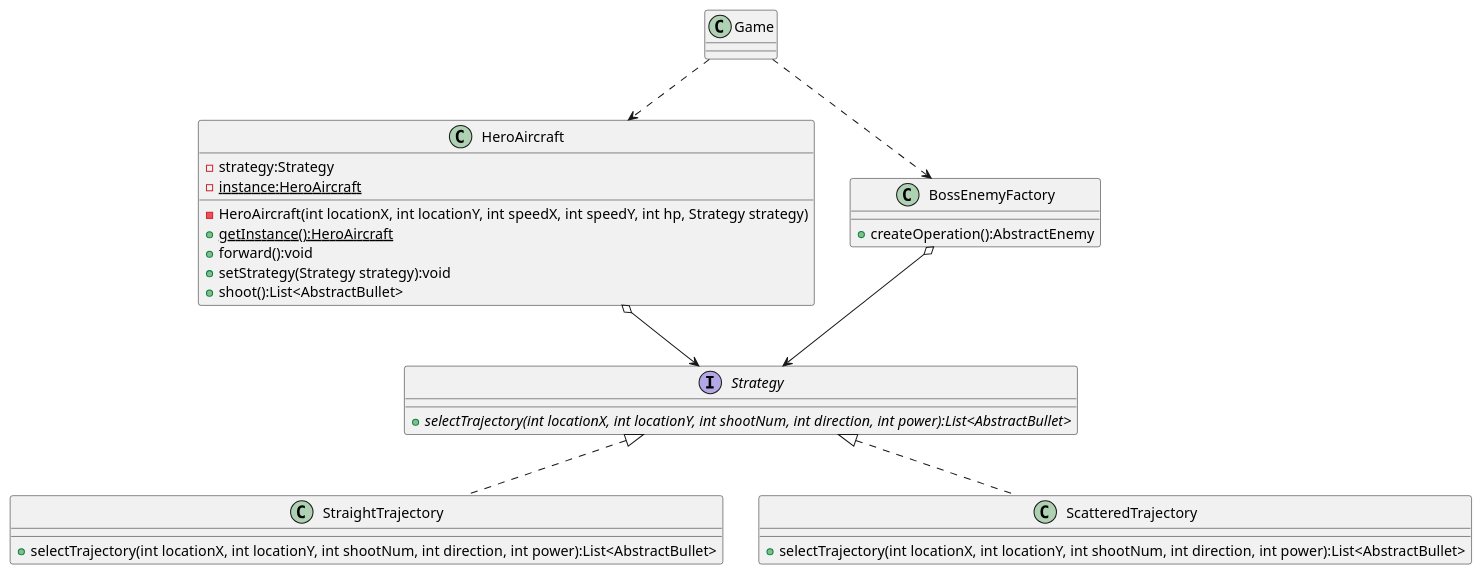
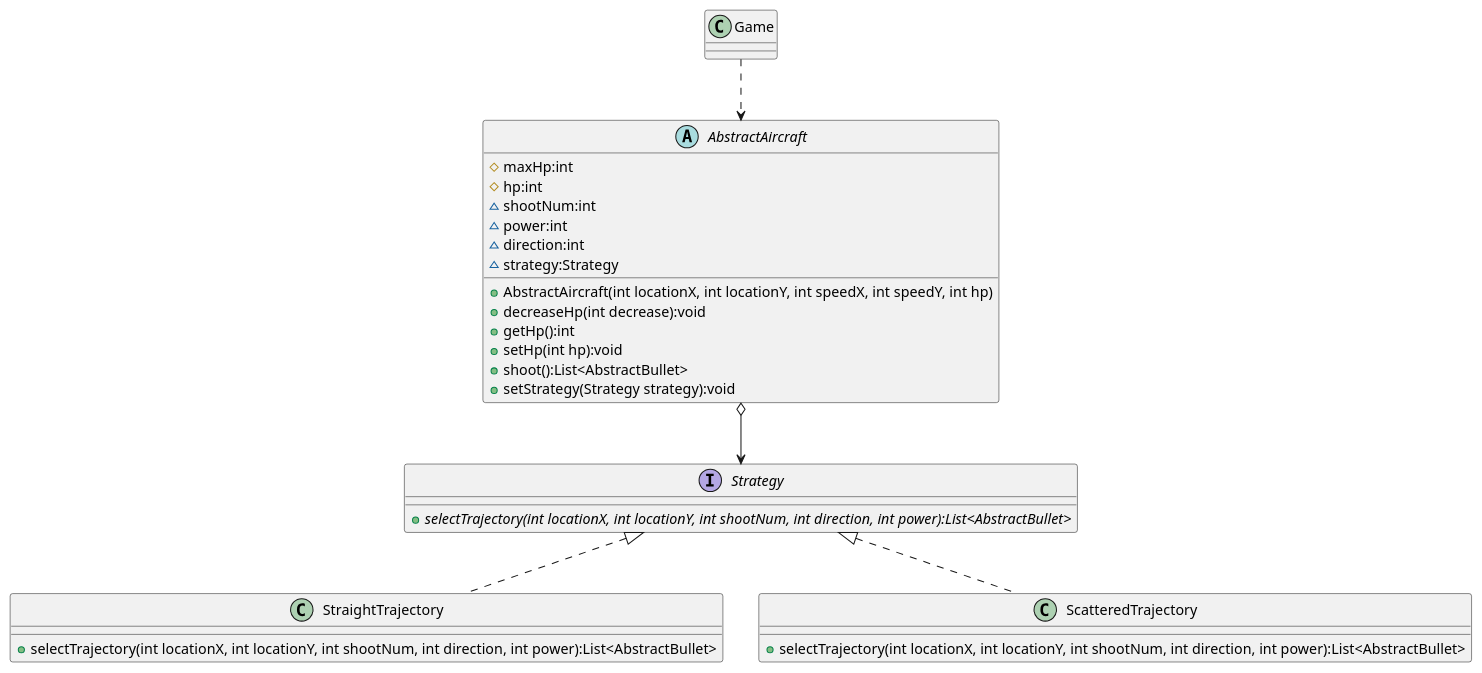
One commit to DANNY-DOTS-CONNECTER/Java-course changed the diagram in uml/策略模式-弹道.puml. Above: the diagram before and after it, drawn with PlantUML.

Commit message:
修改策略模式类图

```diff
--- a/uml/策略模式-弹道.puml
+++ b/uml/策略模式-弹道.puml
@@ -1,38 +1,39 @@
 @startuml
 'https://plantuml.com/class-diagram
 
 Interface Strategy{
     + {abstract} selectTrajectory(int locationX, int locationY, int shootNum, int direction, int power):List<AbstractBullet>
 }
 
 class StraightTrajectory implements Strategy{
     + selectTrajectory(int locationX, int locationY, int shootNum, int direction, int power):List<AbstractBullet>
 }
 
 class ScatteredTrajectory implements Strategy{
     + selectTrajectory(int locationX, int locationY, int shootNum, int direction, int power):List<AbstractBullet>
 }
 
-class HeroAircraft{
-    - strategy:Strategy
-    - {static} instance:HeroAircraft
-    - HeroAircraft(int locationX, int locationY, int speedX, int speedY, int hp, Strategy strategy)
-    + {static} getInstance():HeroAircraft
-    + forward():void
+abstract class AbstractAircraft
+{
+	# maxHp:int
+    # hp:int
+    ~ shootNum:int
+    ~ power:int
+    ~ direction:int
+    ~ strategy:Strategy
+    + AbstractAircraft(int locationX, int locationY, int speedX, int speedY, int hp)
+    + decreaseHp(int decrease):void
+    + getHp():int
+    + setHp(int hp):void
+    + shoot():List<AbstractBullet>
     + setStrategy(Strategy strategy):void
-    + shoot():List<AbstractBullet>
-}
-
-class BossEnemyFactory {
-    + createOperation():AbstractEnemy
-}
+ }
 
 class Game{
 }
 
-Game ..> HeroAircraft
-Game ..> BossEnemyFactory
-HeroAircraft o--> Strategy
-BossEnemyFactory o--> Strategy
+Game..> AbstractAircraft
+AbstractAircraft o--> Strategy
+
 
 @enduml
```
